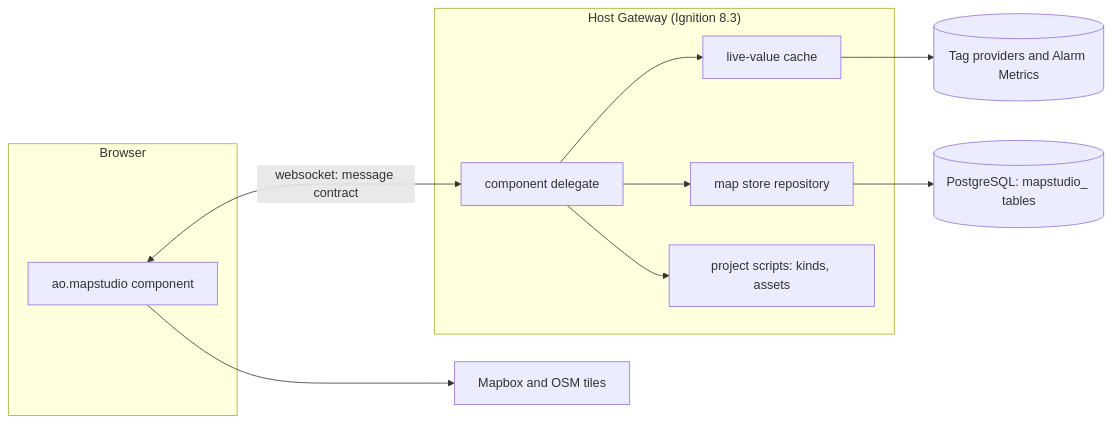
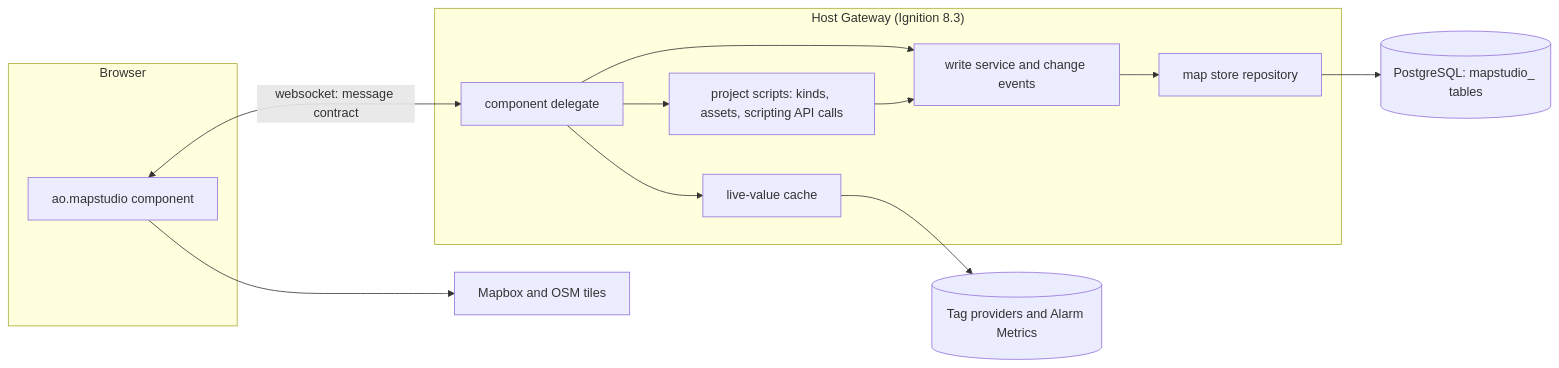
One commit to aott33/perspective-map-studio changed the second of 4 diagrams in _bmad-output/initiative-flowmap/architecture-map-studio/architecture-map-studio.md. Above: the diagram before and after it, drawn with Mermaid. The commit also changed other lines of this file and 1 other file, not shown here.

First line of the commit message:
Apply reviewer fixes to the Map Studio architecture spine

````diff
--- a/_bmad-output/initiative-flowmap/architecture-map-studio/architecture-map-studio.md
+++ b/_bmad-output/initiative-flowmap/architecture-map-studio/architecture-map-studio.md
@@ -184,19 +225,22 @@
 ```mermaid
 flowchart LR
   subgraph Browser
     MS[ao.mapstudio component]
   end
   subgraph Gateway["Host Gateway (Ignition 8.3)"]
     DL[component delegate]
+    WS[write service and change events]
     LV[live-value cache]
     ST[map store repository]
-    PS[project scripts: kinds, assets]
+    PS[project scripts: kinds, assets, scripting API calls]
   end
   MS <-->|websocket: message contract| DL
+  DL --> WS
   DL --> LV
-  DL --> ST
+  WS --> ST
+  PS --> WS
   DL --> PS
   ST --> PG[(PostgreSQL: mapstudio_ tables)]
   LV --> TG[(Tag providers and Alarm Metrics)]
   MS --> MB[Mapbox and OSM tiles]
 ```
````
